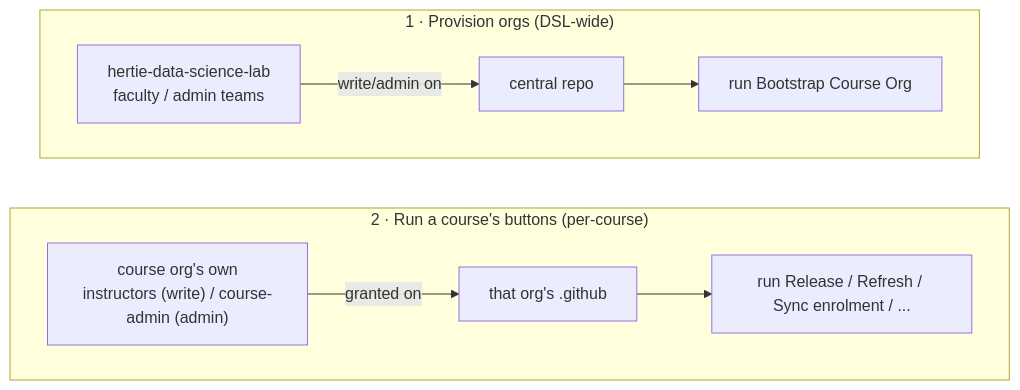
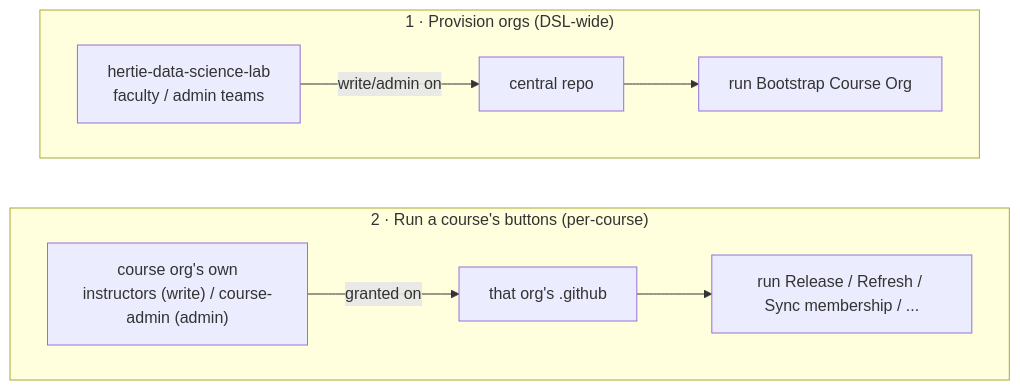
Before and after one commit to hertie-data-science-lab/dsl-teaching-course-setup: the third of 10 diagrams in docs/admin/architecture.md, drawn with Mermaid. The commit also changed other lines of this file and 48 other files, not shown here.

````diff
--- a/docs/admin/architecture.md
+++ b/docs/admin/architecture.md
@@ -90,10 +90,10 @@
 ```mermaid
 flowchart TD
   subgraph prov["1 · Provision orgs (DSL-wide)"]
     ct["hertie-data-science-lab<br/>faculty / admin teams"] -->|"write/admin on"| cr["central repo"] --> ba["run Bootstrap Course Org"]
   end
   subgraph run["2 · Run a course's buttons (per-course)"]
-    it["course org's own<br/>instructors (write) / course-admin (admin)"] -->|"granted on"| gh["that org's .github"] --> rb["run Release / Refresh / Sync enrolment / ..."]
+    it["course org's own<br/>instructors (write) / course-admin (admin)"] -->|"granted on"| gh["that org's .github"] --> rb["run Release / Refresh / Sync membership / ..."]
   end
   prov ~~~ run
 ```
````
